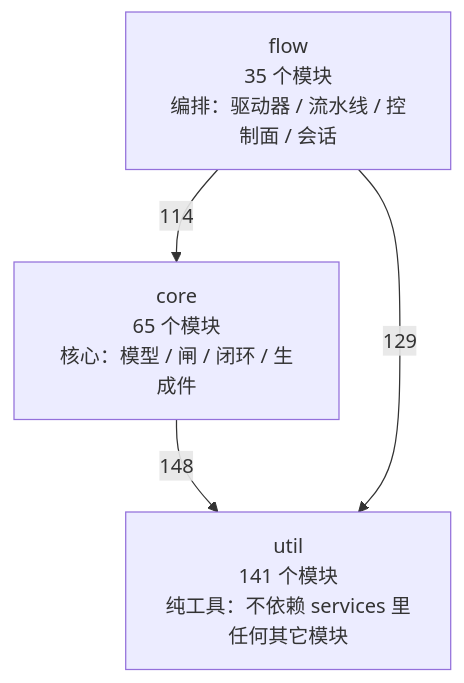
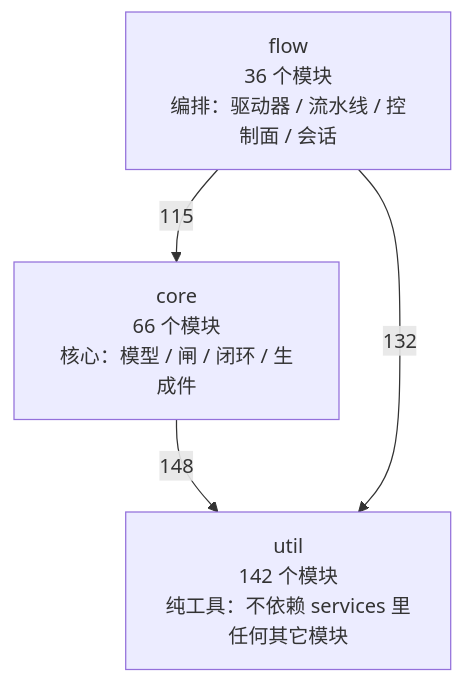
The first of 4 diagrams in docs/SlideRule V6.2 架构图（自动生成）.md (2686521696/WhyBuddy), drawn with Mermaid before and after one commit. The commit also changed other lines of this file and 46 other files, not shown here.

````diff
--- a/docs/SlideRule V6.2 架构图（自动生成）.md
+++ b/docs/SlideRule V6.2 架构图（自动生成）.md
@@ -50,9 +50,9 @@
 ```mermaid
 flowchart TB
-  util["util<br/>141 个模块<br/>纯工具：不依赖 services 里任何其它模块"]
-  core["core<br/>65 个模块<br/>核心：模型 / 闸 / 闭环 / 生成件"]
-  flow["flow<br/>35 个模块<br/>编排：驱动器 / 流水线 / 控制面 / 会话"]
+  util["util<br/>142 个模块<br/>纯工具：不依赖 services 里任何其它模块"]
+  core["core<br/>66 个模块<br/>核心：模型 / 闸 / 闭环 / 生成件"]
+  flow["flow<br/>36 个模块<br/>编排：驱动器 / 流水线 / 控制面 / 会话"]
   core -->|148| util
-  flow -->|114| core
-  flow -->|129| util
+  flow -->|115| core
+  flow -->|132| util
 ```
````
